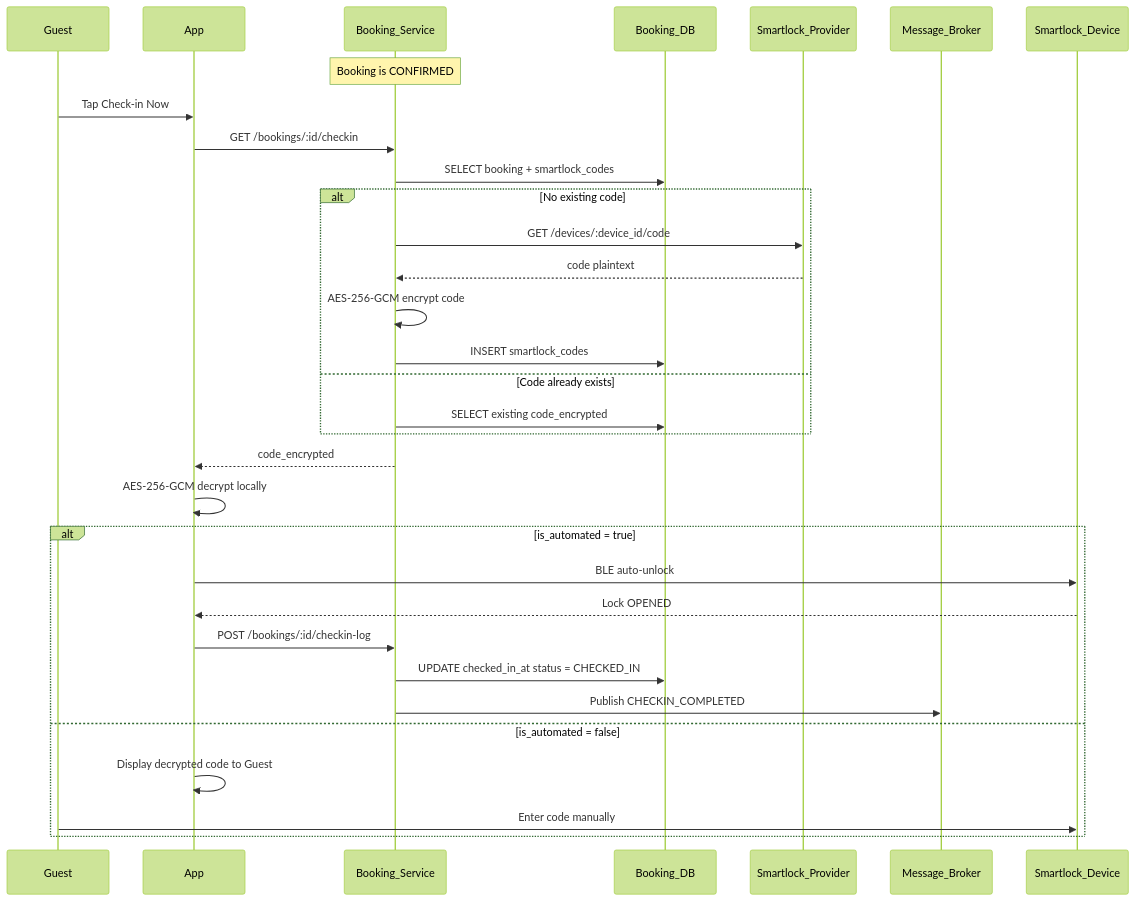
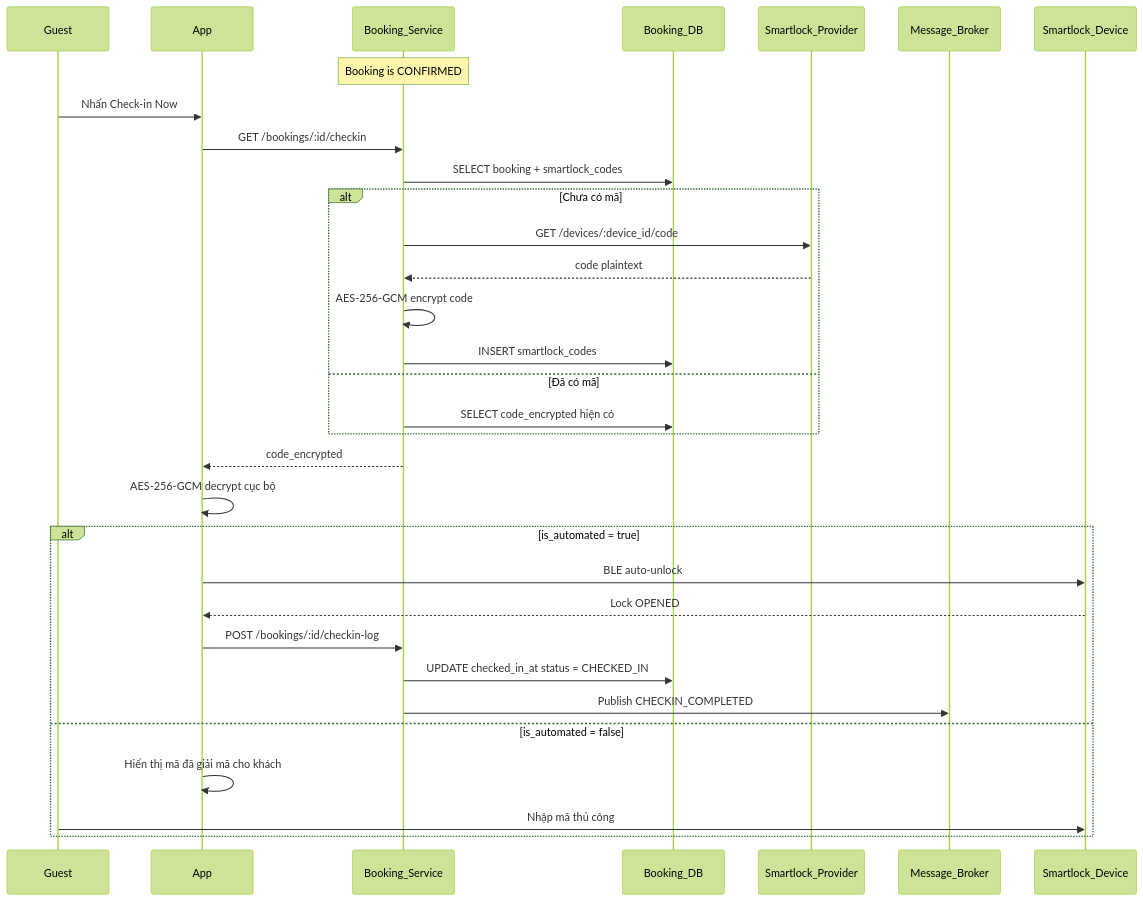
One commit to PhamVietHoangFPT/databaseHomi changed diagram 26 of 54 in Mermaid.md. Above: the diagram before and after it, drawn with Mermaid (forest theme). The commit also changed other lines of this file and 3 other files, not shown here.

````diff
--- a/Mermaid.md
+++ b/Mermaid.md
@@ -949,37 +949,37 @@
 ```mermaid
 sequenceDiagram
     participant Guest
     participant App
     participant Booking_Service
     participant Booking_DB
     participant Smartlock_Provider
     participant Message_Broker
 
     Note over Booking_Service: Booking is CONFIRMED
-    Guest->>App: Tap Check-in Now
+    Guest->>App: Nhấn Check-in Now
     App->>Booking_Service: GET /bookings/:id/checkin
     Booking_Service->>Booking_DB: SELECT booking + smartlock_codes
 
-    alt No existing code
+    alt Chưa có mã
         Booking_Service->>Smartlock_Provider: GET /devices/:device_id/code
         Smartlock_Provider-->>Booking_Service: code plaintext
         Booking_Service->>Booking_Service: AES-256-GCM encrypt code
         Booking_Service->>Booking_DB: INSERT smartlock_codes
-    else Code already exists
-        Booking_Service->>Booking_DB: SELECT existing code_encrypted
+    else Đã có mã
+        Booking_Service->>Booking_DB: SELECT code_encrypted hiện có
     end
 
     Booking_Service-->>App: code_encrypted
-    App->>App: AES-256-GCM decrypt locally
+    App->>App: AES-256-GCM decrypt cục bộ
 
     alt is_automated = true
         App->>Smartlock_Device: BLE auto-unlock
         Smartlock_Device-->>App: Lock OPENED
         App->>Booking_Service: POST /bookings/:id/checkin-log
         Booking_Service->>Booking_DB: UPDATE checked_in_at status = CHECKED_IN
         Booking_Service->>Message_Broker: Publish CHECKIN_COMPLETED
     else is_automated = false
-        App->>App: Display decrypted code to Guest
-        Guest->>Smartlock_Device: Enter code manually
+        App->>App: Hiển thị mã đã giải mã cho khách
+        Guest->>Smartlock_Device: Nhập mã thủ công
     end
 ```
````
